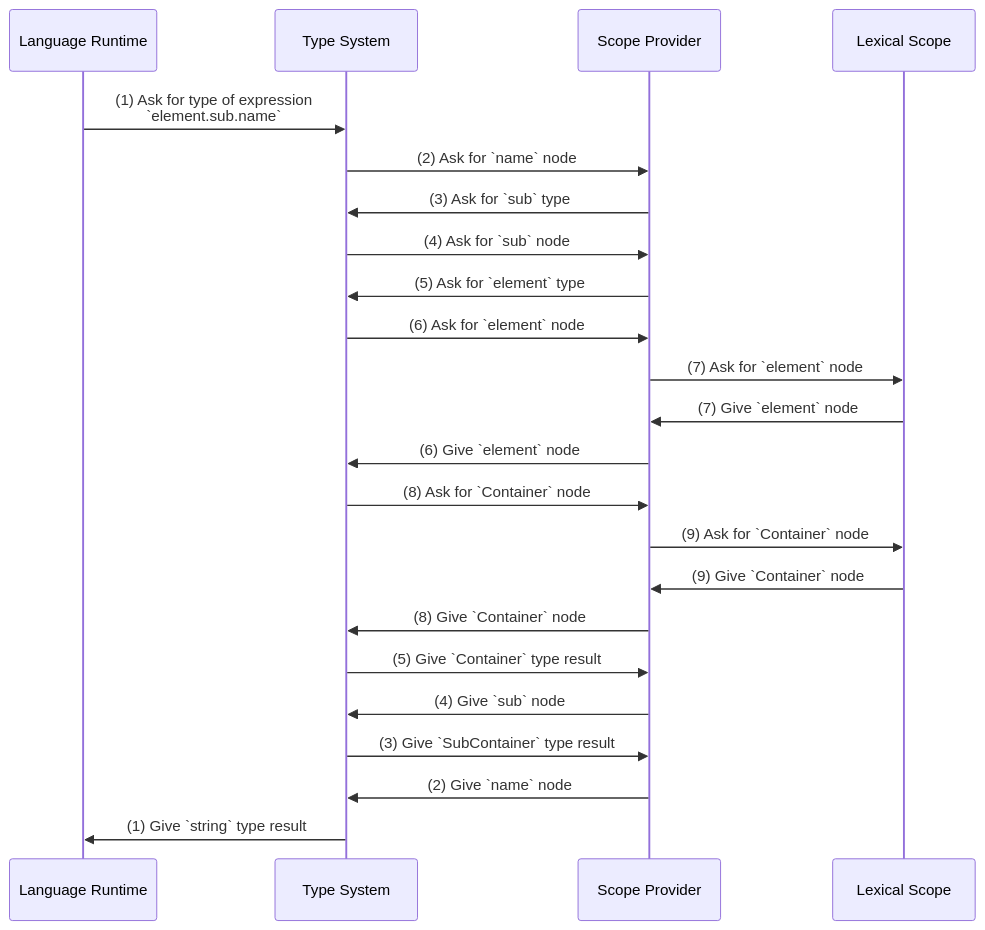
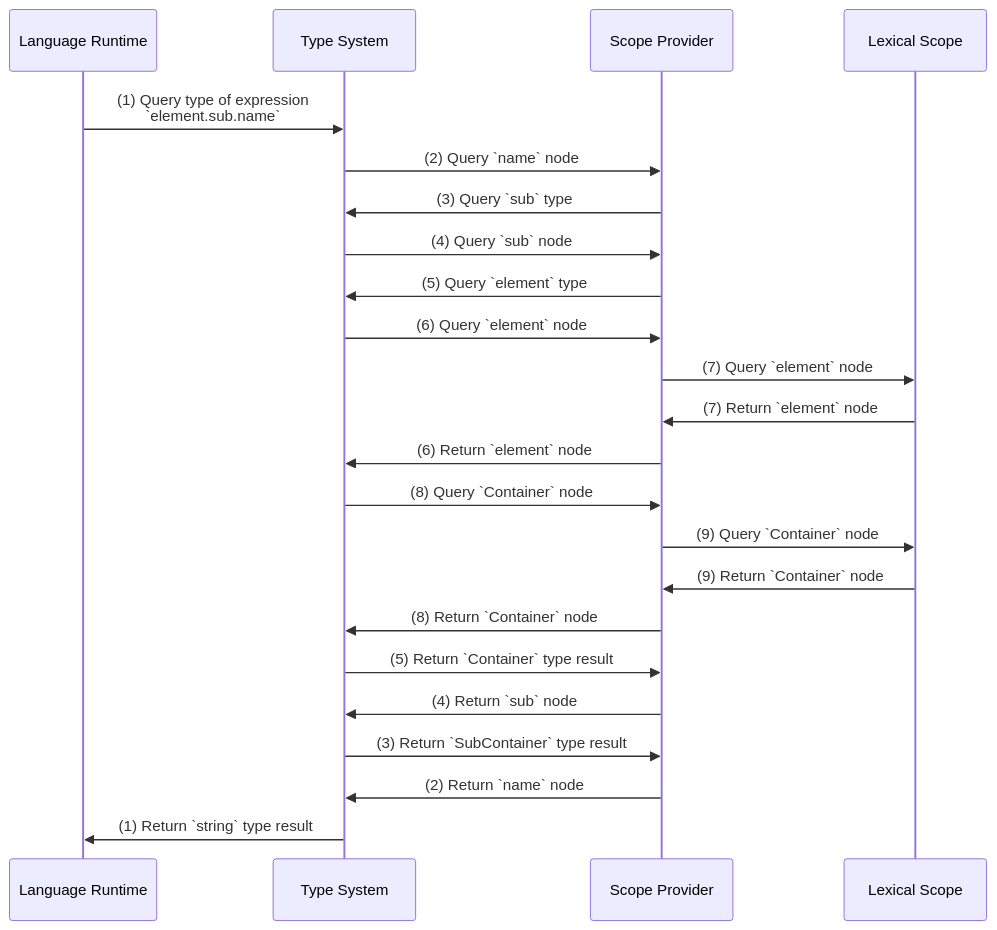
One commit to eclipse-langium/langium-website changed the diagram in hugo/content/docs/recipes/scoping/class-member.md. Above: the diagram before and after it, drawn with Mermaid.

Commit message:
Update wording

```diff
--- a/hugo/content/docs/recipes/scoping/class-member.md
+++ b/hugo/content/docs/recipes/scoping/class-member.md
@@ -121,25 +121,25 @@
 {{<mermaid>}}
 sequenceDiagram
     participant R as Language Runtime
     participant T as Type System
     participant S as Scope Provider
     participant L as Lexical Scope
-    R->>T: (1) Ask for type of expression<br>`element.sub.name`
-    T->>S: (2) Ask for `name` node
-    S->>T: (3) Ask for `sub` type
-    T->>S: (4) Ask for `sub` node
-    S->>T: (5) Ask for `element` type
-    T->>S: (6) Ask for `element` node
-    S->>L: (7) Ask for `element` node
-    L->>S: (7) Give `element` node
-    S->>T: (6) Give `element` node
-    T->>S: (8) Ask for `Container` node
-    S->>L: (9) Ask for `Container` node
-    L->>S: (9) Give `Container` node
-    S->>T: (8) Give `Container` node
-    T->>S: (5) Give `Container` type result
-    S->>T: (4) Give `sub` node
-    T->>S: (3) Give `SubContainer` type result
-    S->>T: (2) Give `name` node
-    T->>R: (1) Give `string` type result
+    R->>T: (1) Query type of expression<br>`element.sub.name`
+    T->>S: (2) Query `name` node
+    S->>T: (3) Query `sub` type
+    T->>S: (4) Query `sub` node
+    S->>T: (5) Query `element` type
+    T->>S: (6) Query `element` node
+    S->>L: (7) Query `element` node
+    L->>S: (7) Return `element` node
+    S->>T: (6) Return `element` node
+    T->>S: (8) Query `Container` node
+    S->>L: (9) Query `Container` node
+    L->>S: (9) Return `Container` node
+    S->>T: (8) Return `Container` node
+    T->>S: (5) Return `Container` type result
+    S->>T: (4) Return `sub` node
+    T->>S: (3) Return `SubContainer` type result
+    S->>T: (2) Return `name` node
+    T->>R: (1) Return `string` type result
 {{</mermaid>}}
```
